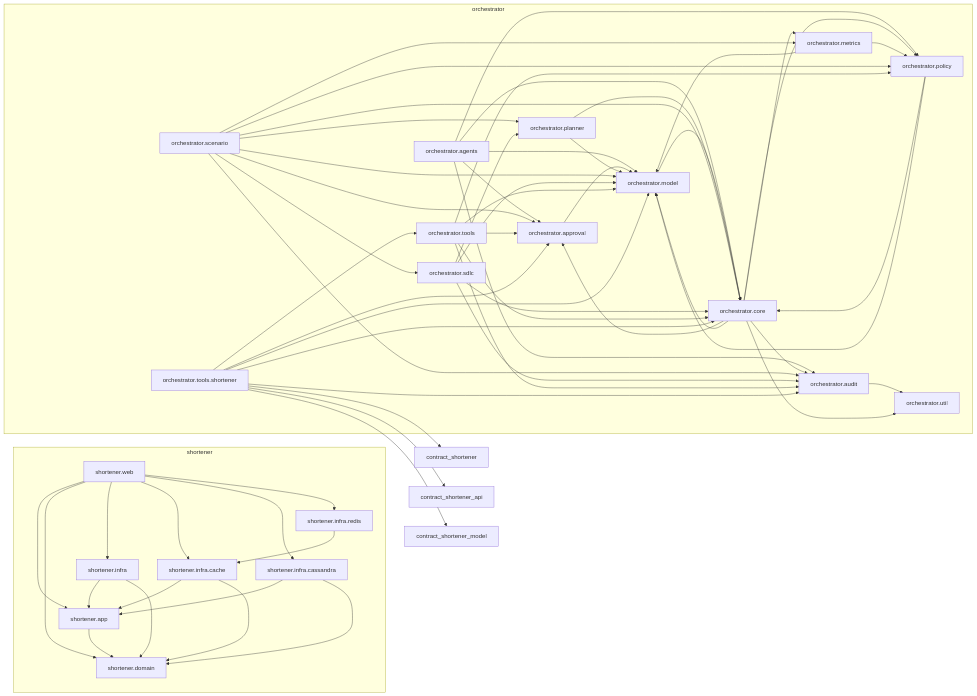
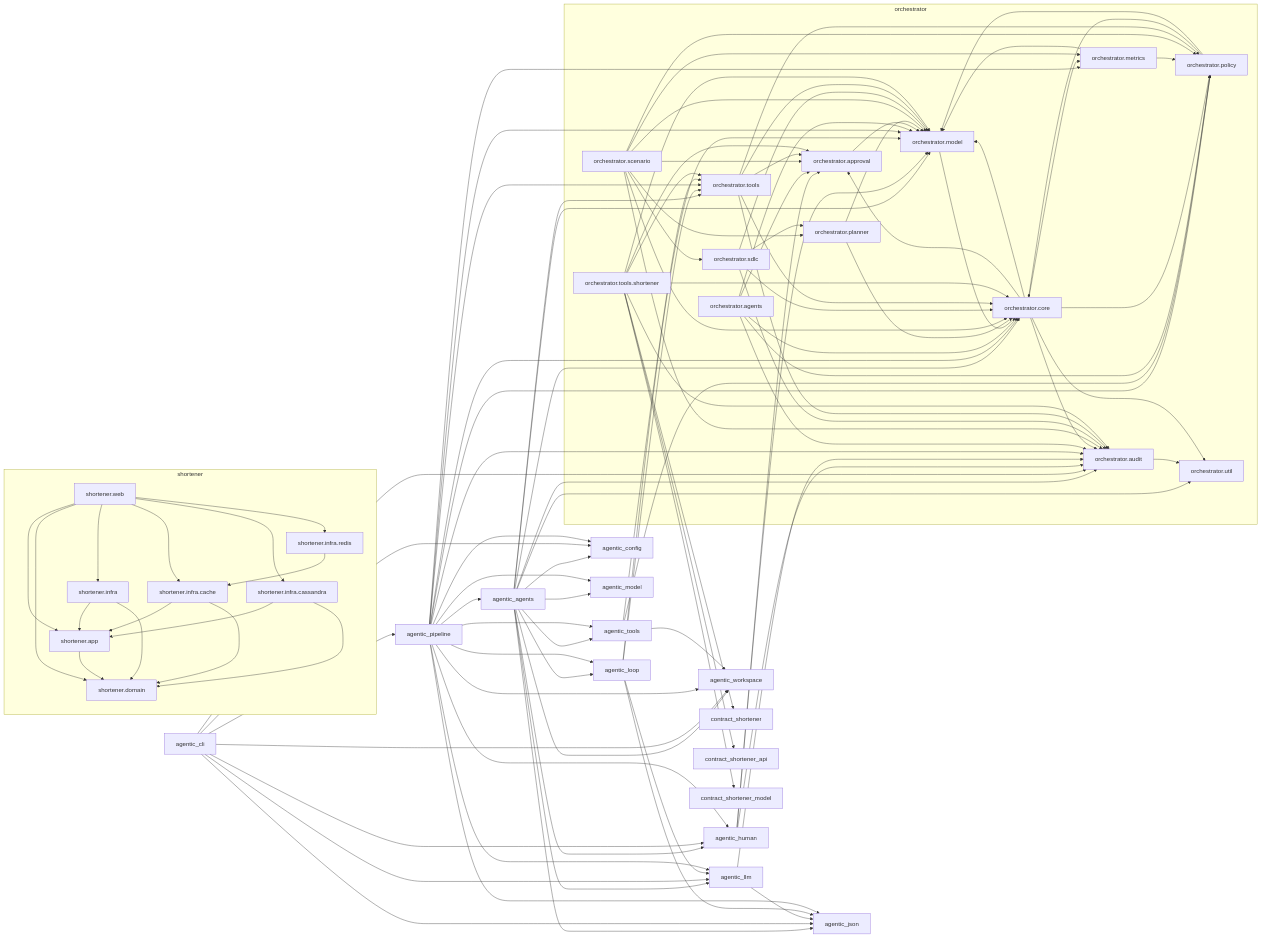
The first of 4 diagrams in docs/delivery/design.md (Pratsinh/Agentic-Url-Shortener), drawn with Mermaid before and after one commit. The commit also changed other lines of this file and 13 other files, not shown here.

```diff
--- a/docs/delivery/design.md
+++ b/docs/delivery/design.md
@@ -34,6 +34,53 @@
     orchestrator_tools_shortener[orchestrator.tools.shortener]
     orchestrator_util[orchestrator.util]
   end
+  agentic_agents --> agentic_config
+  agentic_agents --> agentic_human
+  agentic_agents --> agentic_json
+  agentic_agents --> agentic_llm
+  agentic_agents --> agentic_loop
+  agentic_agents --> agentic_model
+  agentic_agents --> agentic_tools
+  agentic_agents --> agentic_workspace
+  agentic_agents --> orchestrator_audit
+  agentic_agents --> orchestrator_core
+  agentic_agents --> orchestrator_model
+  agentic_agents --> orchestrator_tools
+  agentic_agents --> orchestrator_util
+  agentic_cli --> agentic_config
+  agentic_cli --> agentic_human
+  agentic_cli --> agentic_json
+  agentic_cli --> agentic_llm
+  agentic_cli --> agentic_pipeline
+  agentic_cli --> agentic_workspace
+  agentic_cli --> orchestrator_audit
+  agentic_human --> orchestrator_approval
+  agentic_human --> orchestrator_audit
+  agentic_human --> orchestrator_model
+  agentic_llm --> agentic_json
+  agentic_llm --> orchestrator_audit
+  agentic_loop --> agentic_json
+  agentic_loop --> agentic_llm
+  agentic_loop --> orchestrator_model
+  agentic_loop --> orchestrator_tools
+  agentic_pipeline --> agentic_agents
+  agentic_pipeline --> agentic_config
+  agentic_pipeline --> agentic_human
+  agentic_pipeline --> agentic_json
+  agentic_pipeline --> agentic_llm
+  agentic_pipeline --> agentic_loop
+  agentic_pipeline --> agentic_model
+  agentic_pipeline --> agentic_tools
+  agentic_pipeline --> agentic_workspace
+  agentic_pipeline --> orchestrator_audit
+  agentic_pipeline --> orchestrator_core
+  agentic_pipeline --> orchestrator_metrics
+  agentic_pipeline --> orchestrator_model
+  agentic_pipeline --> orchestrator_policy
+  agentic_pipeline --> orchestrator_tools
+  agentic_tools --> agentic_workspace
+  agentic_tools --> orchestrator_policy
+  agentic_tools --> orchestrator_tools
   orchestrator_agents --> orchestrator_approval
   orchestrator_agents --> orchestrator_audit
   orchestrator_agents --> orchestrator_core
```
